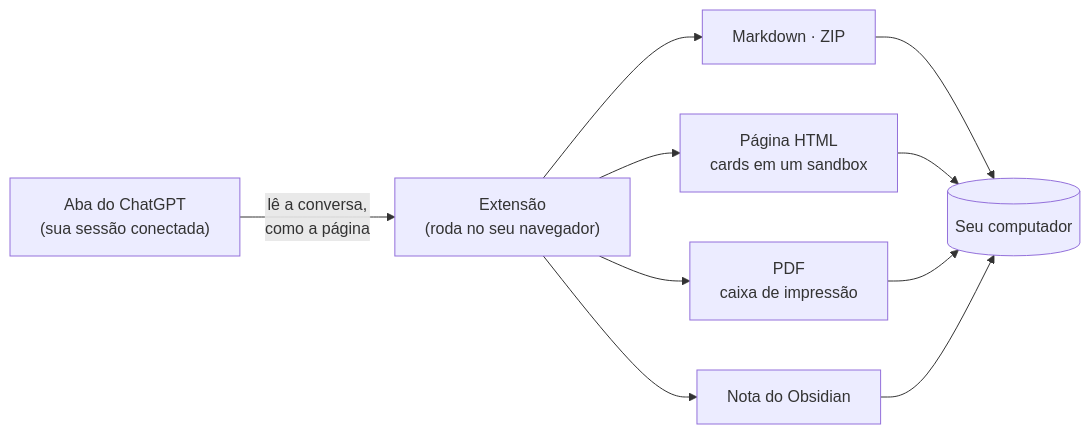
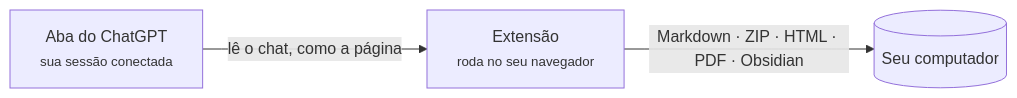
The diagram in docs/readme/README.pt-BR.md (letheli710/chat-intelligent-ui-exporter), drawn with Mermaid before and after one commit. The commit also changed 15 other files, not shown here.

First line of the commit message:
0.11.41: the how-it-works diagram as one row, so GitHub shows it whole

````diff
--- a/docs/readme/README.pt-BR.md
+++ b/docs/readme/README.pt-BR.md
@@ -126,9 +126,5 @@
 ```mermaid
 flowchart LR
-    A["Aba do ChatGPT<br/>(sua sessão conectada)"] -->|lê a conversa,<br/>como a página| B["Extensão<br/>(roda no seu navegador)"]
-    B --> C["Markdown · ZIP"]
-    B --> D["Página HTML<br/>cards em um sandbox"]
-    B --> E["PDF<br/>caixa de impressão"]
-    B --> F["Nota do Obsidian"]
-    C & D & E & F --> G[("Seu computador")]
+    A["Aba do ChatGPT<br/><small>sua sessão conectada</small>"] -->|lê o chat, como a página| B["Extensão<br/><small>roda no seu navegador</small>"]
+    B -->|"Markdown · ZIP · HTML · PDF · Obsidian"| C[("Seu computador")]
 ```
````
